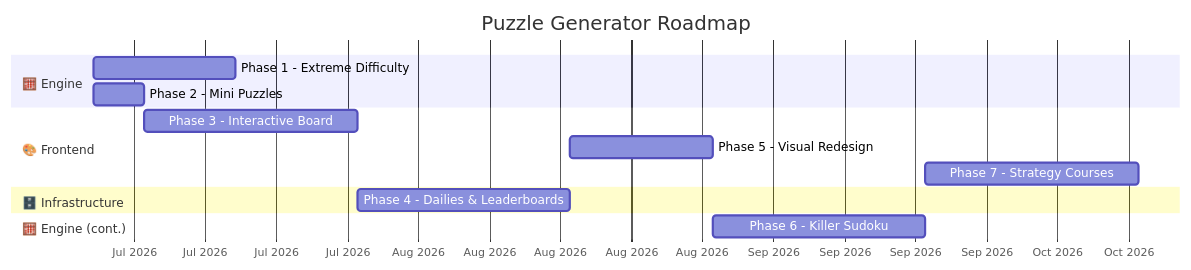
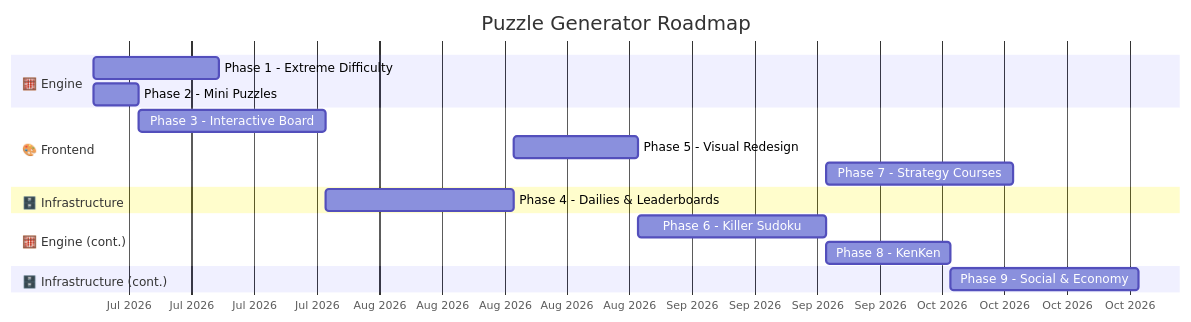
Before and after one commit to zfert99/Puzzle-Generator: the third of 4 diagrams in Docs/roadmap.md, drawn with Mermaid. The commit also changed other lines of this file and 4 other files, not shown here.

````diff
--- a/Docs/roadmap.md
+++ b/Docs/roadmap.md
@@ -478,21 +510,25 @@
 ```mermaid
 gantt
     title Puzzle Generator Roadmap
     dateFormat YYYY-MM-DD
     axisFormat %b %Y
 
     section 🧮 Engine
     Phase 1 - Extreme Difficulty        :p1, 2026-07-01, 14d
     Phase 2 - Mini Puzzles              :p2, 2026-07-01, 5d
 
     section 🎨 Frontend
     Phase 3 - Interactive Board         :p3, after p2, 21d
     Phase 5 - Visual Redesign           :p5, after p4, 14d
     Phase 7 - Strategy Courses          :p7, after p6, 21d
 
     section 🗄️ Infrastructure
     Phase 4 - Dailies & Leaderboards    :p4, after p3, 21d
 
     section 🧮 Engine (cont.)
     Phase 6 - Killer Sudoku             :p6, after p5, 21d
+    Phase 8 - KenKen                    :p8, after p6, 14d
+
+    section 🗄️ Infrastructure (cont.)
+    Phase 9 - Social & Economy          :p9, after p8, 21d
 ```
````
